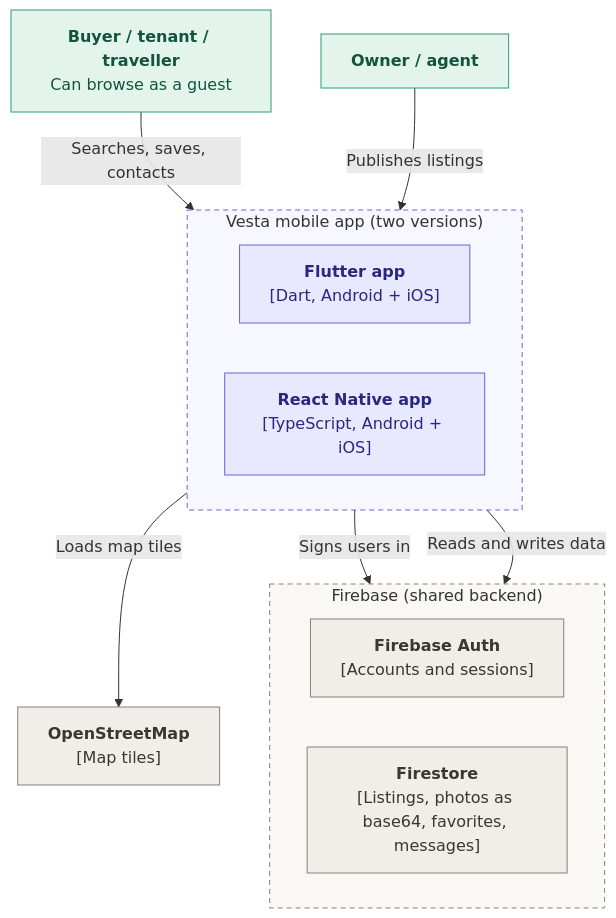
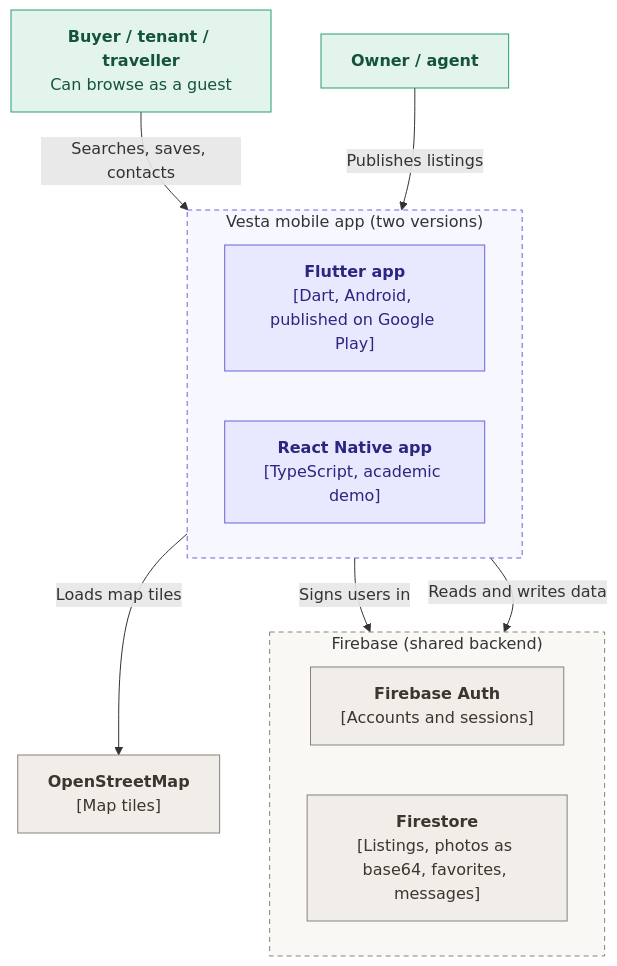
The diagram in docs/c4/level2-containers.mmd (manar09-code/vesta), drawn with Mermaid before and after one commit. The commit also changed 6 other files, not shown here.

```diff
--- a/docs/c4/level2-containers.mmd
+++ b/docs/c4/level2-containers.mmd
@@ -1,25 +1,25 @@
 %% C4 level 2: containers (VST-69). No Firebase Storage (photos are base64 in Firestore), no FCM in the MVP, OpenStreetMap instead of Google Maps.
 flowchart TB
   Buyer["<b>Buyer / tenant / traveller</b><br/>Can browse as a guest"]:::person
   Owner["<b>Owner / agent</b>"]:::person
   subgraph APPS["Vesta mobile app (two versions)"]
     direction LR
-    Flutter["<b>Flutter app</b><br/>[Dart, Android + iOS]"]:::ours
-    RN["<b>React Native app</b><br/>[TypeScript, Android + iOS]"]:::ours
+    Flutter["<b>Flutter app</b><br/>[Dart, Android, published on Google Play]"]:::ours
+    RN["<b>React Native app</b><br/>[TypeScript, academic demo]"]:::ours
   end
   subgraph FB["Firebase (shared backend)"]
     direction LR
     Auth["<b>Firebase Auth</b><br/>[Accounts and sessions]"]:::ext
     Store["<b>Firestore</b><br/>[Listings, photos as base64, favorites, messages]"]:::ext
   end
   OSM["<b>OpenStreetMap</b><br/>[Map tiles]"]:::ext
   Buyer -->|"Searches, saves, contacts"| APPS
   Owner -->|"Publishes listings"| APPS
   APPS -->|"Signs users in"| Auth
   APPS -->|"Reads and writes data"| Store
   APPS -->|"Loads map tiles"| OSM
   style APPS fill:#f7f7ff,stroke:#6a64d8,stroke-dasharray:5 4
   style FB fill:#faf8f5,stroke:#8a8178,stroke-dasharray:5 4
   classDef person fill:#e3f4ec,stroke:#2a9d6f,color:#14543b
   classDef ours fill:#e8e8ff,stroke:#6a64d8,color:#2b2780
   classDef ext fill:#f1ede8,stroke:#8a8178,color:#3b3630
```
